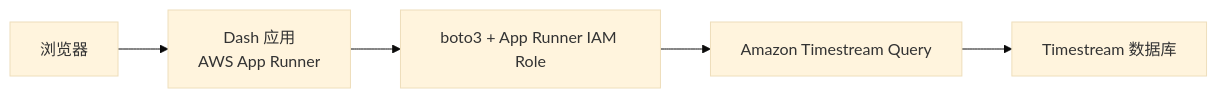
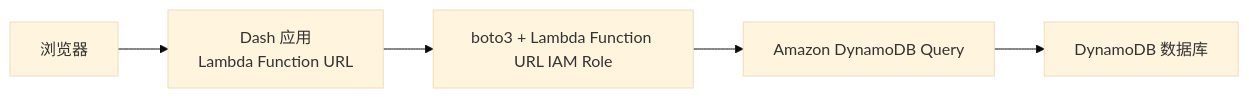
One commit to pnlync/fog-car-insurance-real-time-pricing changed the second of 3 diagrams in PROJECT_GUIDE.md. Above: the diagram before and after it, drawn with Mermaid (base theme). The commit also changed other lines of this file and 12 other files, not shown here.

Commit message:
Refactor AWS deployment to DynamoDB and Lambda URL dashboard

````diff
--- a/PROJECT_GUIDE.md
+++ b/PROJECT_GUIDE.md
@@ -347,7 +347,7 @@
 ```mermaid
 flowchart LR
-    A["浏览器"] --> B["Dash 应用\nAWS App Runner"]
-    B --> C["boto3 + App Runner IAM Role"]
-    C --> D["Amazon Timestream Query"]
-    D --> E["Timestream 数据库"]
+    A["浏览器"] --> B["Dash 应用\nLambda Function URL"]
+    B --> C["boto3 + Lambda Function URL IAM Role"]
+    C --> D["Amazon DynamoDB Query"]
+    D --> E["DynamoDB 数据库"]
 ```
````
